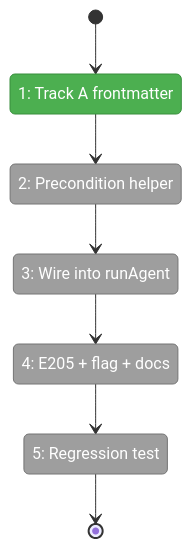
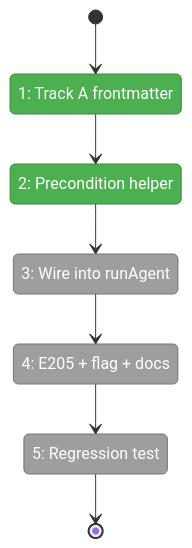
One commit to AI-Substrate/minih changed the first of 2 diagrams in docs/plans/018-agent-permissions/fixes/FX008-coordination-write-precondition.fltplan.md. Above: the diagram before and after it, drawn with Mermaid. The commit also changed other lines of this file and 14 other files, not shown here.

````diff
--- a/docs/plans/018-agent-permissions/fixes/FX008-coordination-write-precondition.fltplan.md
+++ b/docs/plans/018-agent-permissions/fixes/FX008-coordination-write-precondition.fltplan.md
@@ -40,23 +40,23 @@
 ```mermaid
 stateDiagram-v2
     classDef pending fill:#9E9E9E,stroke:#757575,color:#fff
     classDef active fill:#FFC107,stroke:#FFA000,color:#000
     classDef done fill:#4CAF50,stroke:#388E3C,color:#fff
     classDef blocked fill:#F44336,stroke:#D32F2F,color:#fff
 
     state "1: Track A frontmatter" as S1
     state "2: Precondition helper" as S2
     state "3: Wire into runAgent" as S3
     state "4: E205 + flag + docs" as S4
     state "5: Regression test" as S5
 
     [*] --> S1
     S1 --> S2
     S2 --> S3
     S3 --> S4
     S4 --> S5
     S5 --> [*]
 
-    class S2,S3,S4,S5 pending
-    class S1 done
+    class S3,S4,S5 pending
+    class S1,S2 done
 ```
````
